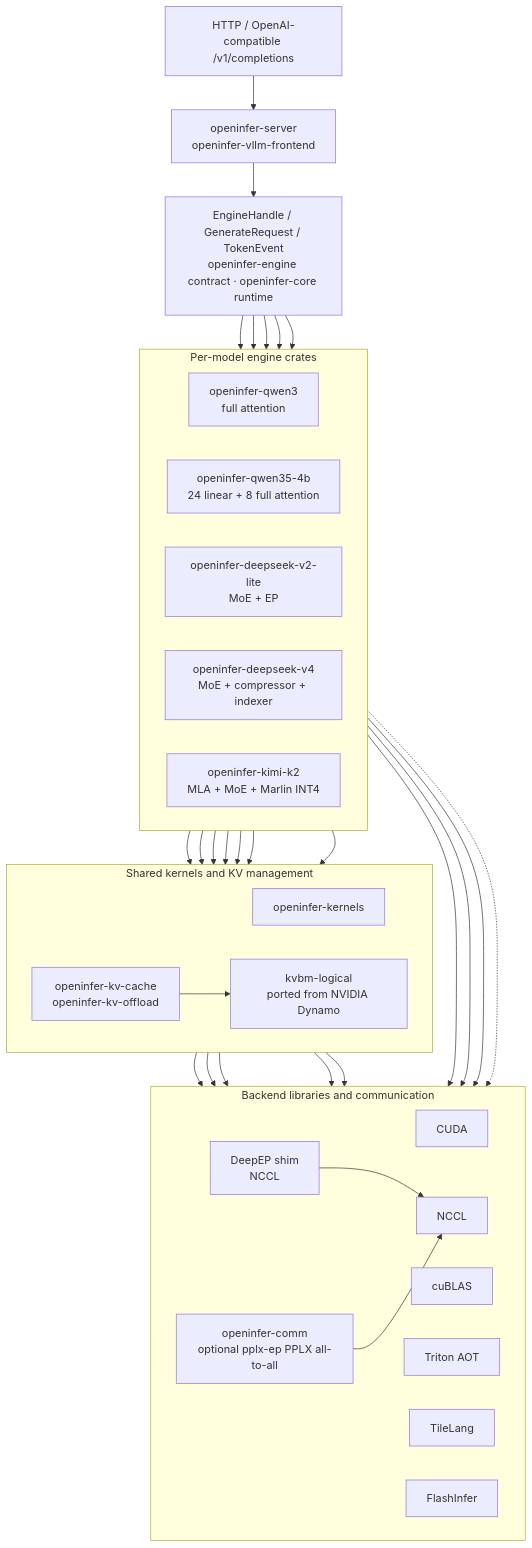
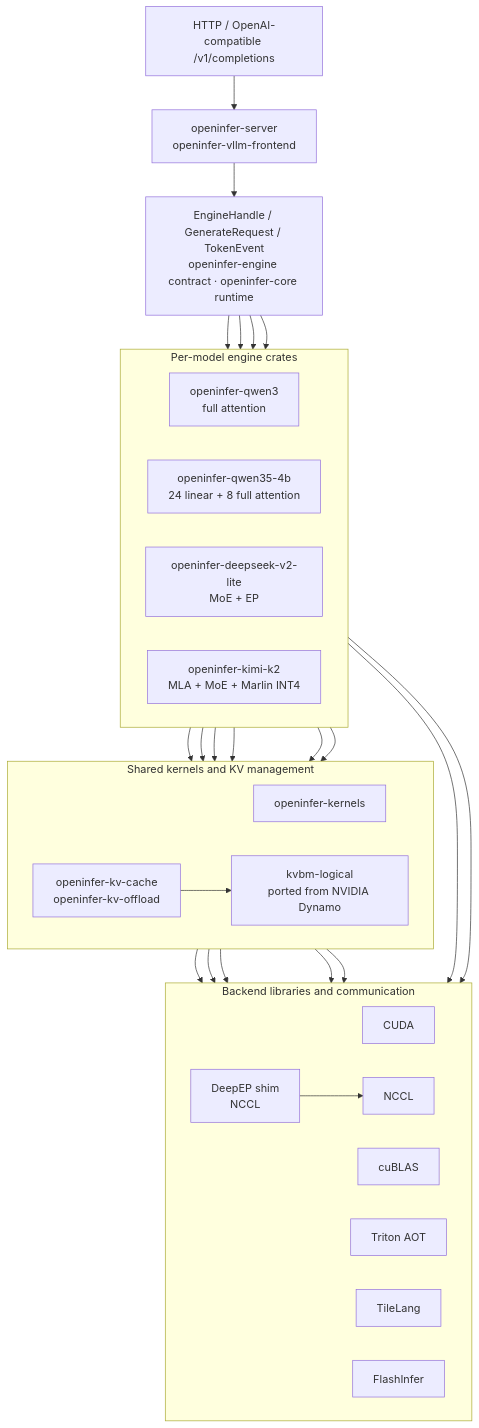
Before and after one commit to openinfer-project/openinfer: the diagram in README.md, drawn with Mermaid. The commit also changed other lines of this file and 232 other files, not shown here.

````diff
--- a/README.md
+++ b/README.md
@@ -232,65 +224,58 @@
 ```mermaid
 flowchart TB
     api["HTTP / OpenAI-compatible /v1/completions"]
     frontend["openinfer-server<br/>openinfer-vllm-frontend"]
     runtime["EngineHandle / GenerateRequest / TokenEvent<br/>openinfer-engine contract · openinfer-core runtime"]
 
     api --> frontend
     frontend --> runtime
 
     subgraph engines["Per-model engine crates"]
         direction LR
         qwen3["openinfer-qwen3<br/>full attention"]
         qwen35["openinfer-qwen35-4b<br/>24 linear + 8 full attention"]
         dsv2["openinfer-deepseek-v2-lite<br/>MoE + EP"]
-        dsv4["openinfer-deepseek-v4<br/>MoE + compressor + indexer"]
         kimi["openinfer-kimi-k2<br/>MLA + MoE + Marlin INT4"]
     end
 
     runtime --> qwen3
     runtime --> qwen35
     runtime --> dsv2
-    runtime --> dsv4
     runtime --> kimi
 
     subgraph shared["Shared kernels and KV management"]
         direction LR
         kernels["openinfer-kernels"]
         kvcache["openinfer-kv-cache<br/>openinfer-kv-offload"]
         kvbm["kvbm-logical<br/>ported from NVIDIA Dynamo"]
     end
 
     qwen3 --> kernels
     qwen35 --> kernels
     dsv2 --> kernels
-    dsv4 --> kernels
     kimi --> kernels
 
     qwen3 --> kvcache
     kimi --> kvcache
     kvcache --> kvbm
 
     subgraph backends["Backend libraries and communication"]
         direction LR
         cuda["CUDA"]
         cublas["cuBLAS"]
         triton["Triton AOT"]
         tilelang["TileLang"]
         flashinfer["FlashInfer"]
         nccl["NCCL"]
         deepep["DeepEP shim<br/>NCCL"]
-        comm["openinfer-comm<br/>optional pplx-ep PPLX all-to-all"]
     end
 
     kernels --> cuda
     kernels --> cublas
     kernels --> triton
     kernels --> tilelang
     kernels --> flashinfer
     dsv2 --> nccl
-    dsv4 --> nccl
     kimi --> deepep
     deepep --> nccl
-    dsv4 -.-> comm
-    comm --> nccl
 ```
````
